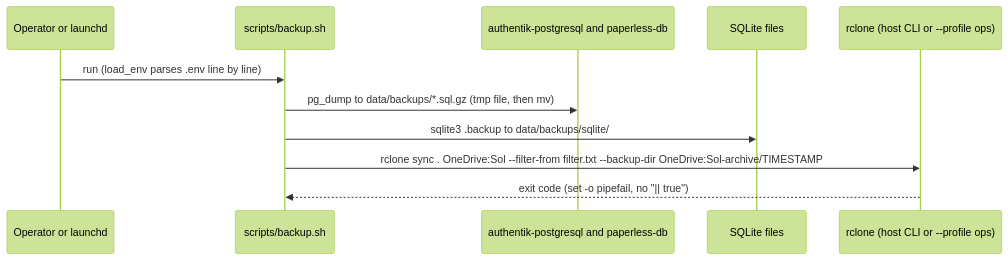
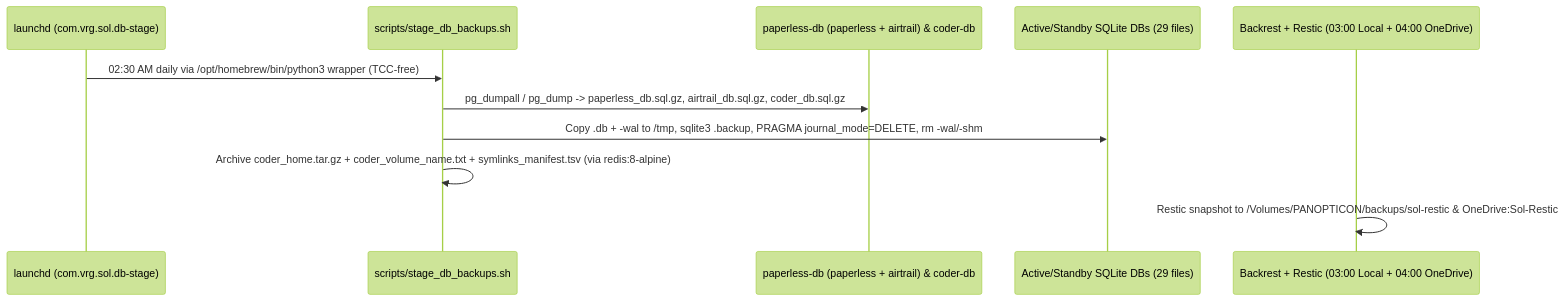
The second of 2 diagrams in docs/system_state/09_ARCHITECTURAL_AUDIT_AND_UPGRADE_PLAN.md (varungupta3009/Sol), drawn with Mermaid (forest theme) before and after one commit. The commit also changed other lines of this file and 42 other files, not shown here.

````diff
--- a/docs/system_state/09_ARCHITECTURAL_AUDIT_AND_UPGRADE_PLAN.md
+++ b/docs/system_state/09_ARCHITECTURAL_AUDIT_AND_UPGRADE_PLAN.md
@@ -66,13 +66,13 @@
 ```mermaid
 sequenceDiagram
-    participant Op as Operator or launchd
-    participant B as scripts/backup.sh
-    participant PG as authentik-postgresql and paperless-db
-    participant SQ as SQLite files
-    participant RC as rclone (host CLI or --profile ops)
-    Op->>B: run (load_env parses .env line by line)
-    B->>PG: pg_dump to data/backups/*.sql.gz (tmp file, then mv)
-    B->>SQ: sqlite3 .backup to data/backups/sqlite/
-    B->>RC: rclone sync . OneDrive:Sol --filter-from filter.txt --backup-dir OneDrive:Sol-archive/TIMESTAMP
-    RC-->>B: exit code (set -o pipefail, no "|| true")
+    participant L as launchd (com.vrg.sol.db-stage)
+    participant S as scripts/stage_db_backups.sh
+    participant PG as paperless-db (paperless + airtrail) & coder-db
+    participant SQ as Active/Standby SQLite DBs (29 files)
+    participant BR as Backrest + Restic (03:00 Local + 04:00 OneDrive)
+    L->>S: 02:30 AM daily via /opt/homebrew/bin/python3 wrapper (TCC-free)
+    S->>PG: pg_dumpall / pg_dump -> paperless_db.sql.gz, airtrail_db.sql.gz, coder_db.sql.gz
+    S->>SQ: Copy .db + -wal to /tmp, sqlite3 .backup, PRAGMA journal_mode=DELETE, rm -wal/-shm
+    S->>S: Archive coder_home.tar.gz + coder_volume_name.txt + symlinks_manifest.tsv (via redis:8-alpine)
+    BR->>BR: Restic snapshot to /Volumes/PANOPTICON/backups/sol-restic & OneDrive:Sol-Restic
 ```
````
